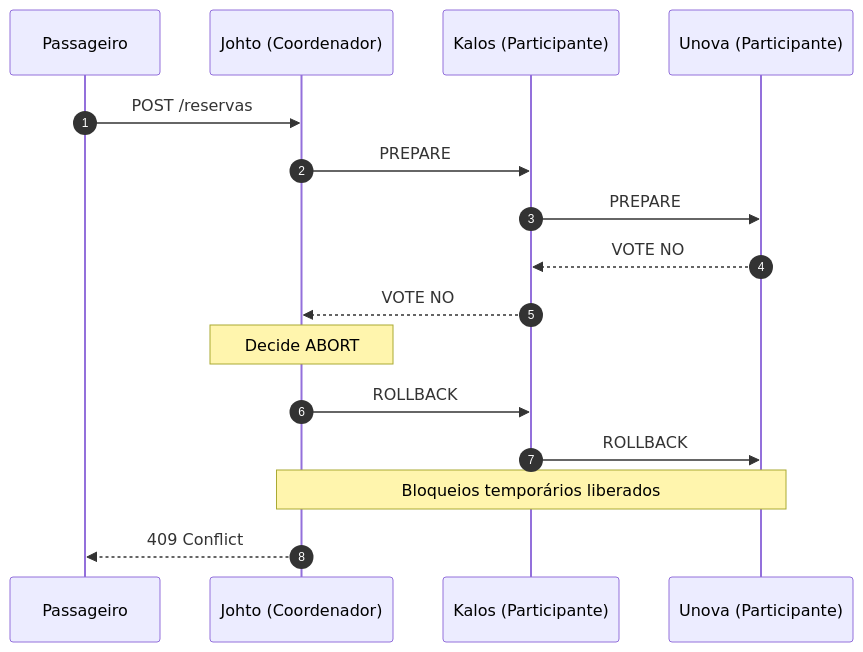
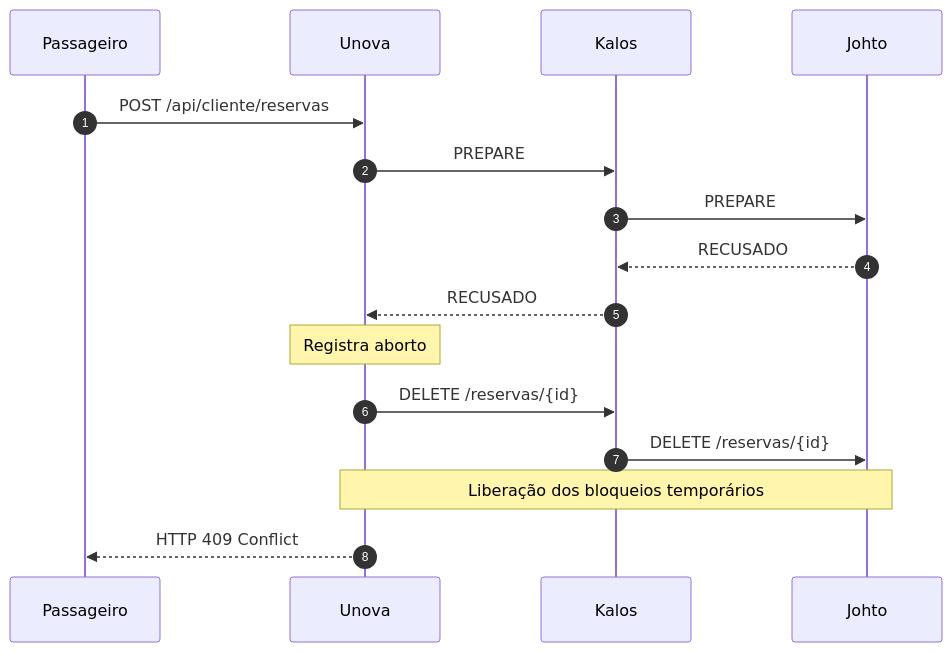
The third of 4 diagrams in README.md (TaylonLu/MI_Redes_VaiJunto), drawn with Mermaid before and after one commit. The commit also changed other lines of this file, not shown here.

````diff
--- a/README.md
+++ b/README.md
@@ -591,23 +1769,25 @@
 ```mermaid
 sequenceDiagram
     autonumber
     participant P as Passageiro
-    participant J as Johto (Coordenador)
-    participant K as Kalos (Participante)
-    participant U as Unova (Participante)
+    participant U as Unova
+    participant K as Kalos
+    participant J as Johto
 
-    P->>J: POST /reservas
-    J->>K: PREPARE
-    K->>U: PREPARE
+    P->>U: POST /api/cliente/reservas
 
-    U-->>K: VOTE NO
-    K-->>J: VOTE NO
+    U->>K: PREPARE
+    K->>J: PREPARE
 
-    Note over J: Decide ABORT
+    J-->>K: RECUSADO
+    K-->>U: RECUSADO
 
-    J->>K: ROLLBACK
-    K->>U: ROLLBACK
+    Note over U: Registra aborto
 
-    Note over J,U: Bloqueios temporários liberados
-    J-->>P: 409 Conflict
+    U->>K: DELETE /reservas/{id}
+    K->>J: DELETE /reservas/{id}
+
+    Note over U,J: Liberação dos bloqueios temporários
+
+    U-->>P: HTTP 409 Conflict
 ```
````
